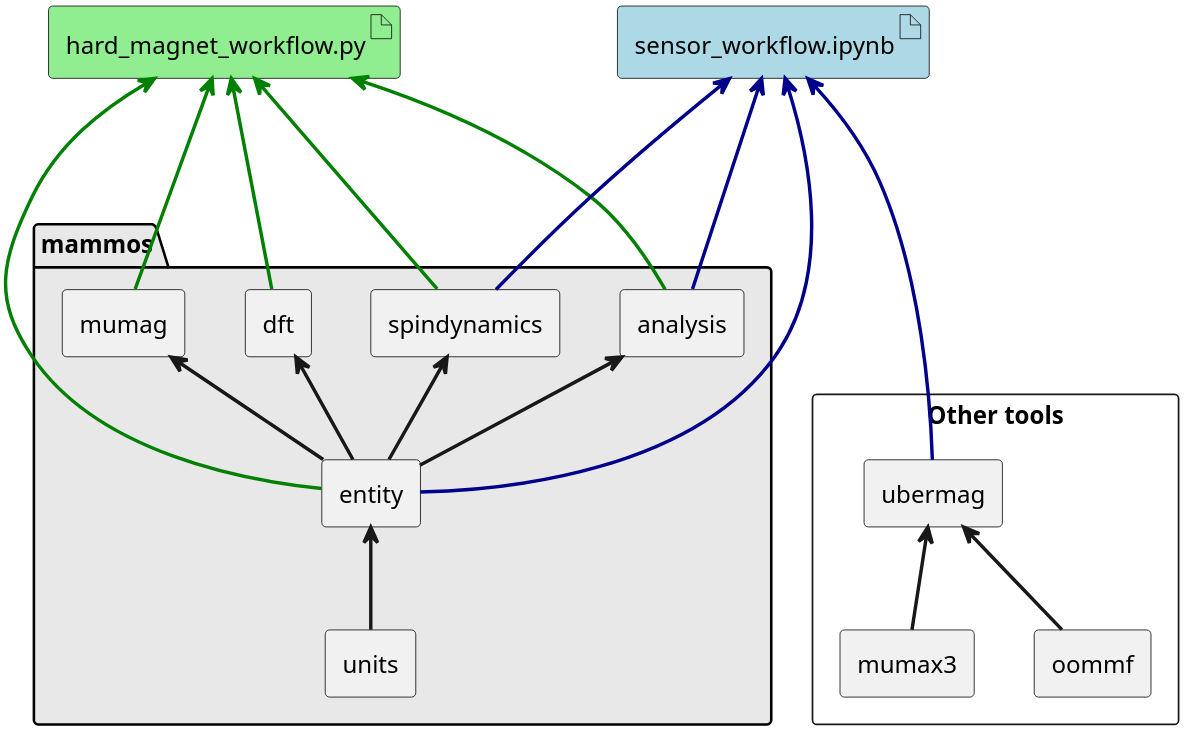
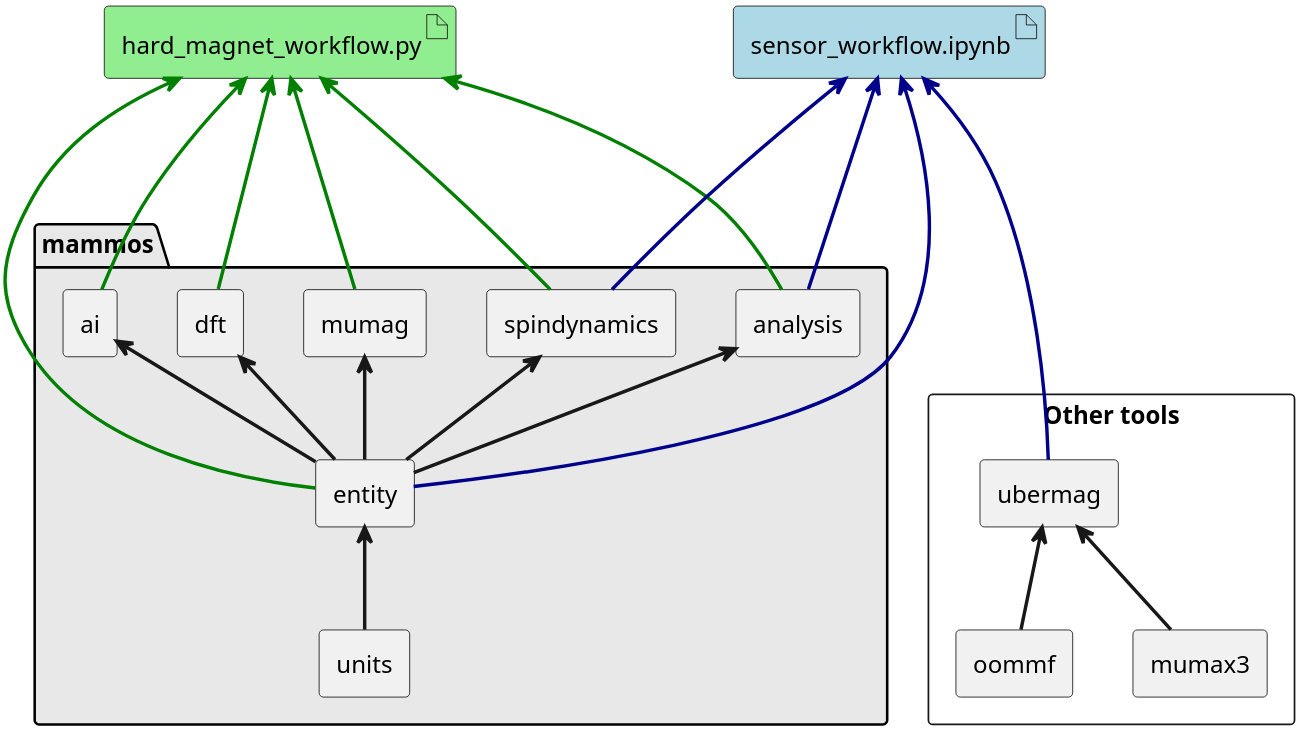
One commit to MaMMoS-project/mammos changed the diagram in docs/source/images/overview/overview.puml. Above: the diagram before and after it, drawn with PlantUML. The commit also changed 1 other file, not shown here.

Commit message:
Add `ai` package to UML-like diagram of components

```diff
--- a/docs/source/images/overview/overview.puml
+++ b/docs/source/images/overview/overview.puml
@@ -1,50 +1,52 @@
 @startumlp
 skinparam componentStyle rectangle
 skinparam defaultTextAlignment center
 skinparam ArrowThickness 2
 skinparam defaultFontName Menlo
 skinparam dpi 300
 
 
 together {
   ' Core components
   package "mammos" #E8E8E8 {
     [units]
     [entity] <-- [units]
     [dft] <-- [entity]
     [spindynamics] <-- [entity]
     [mumag] <-- [entity]
     [analysis] <-- [entity]
+    [ai] <-- [entity]
   }
   
   ' Core components
   component "Other tools" as OtherTools {
     [ubermag] <-- [oommf]
     [ubermag] <-- [mumax3]
   }
 
 }
 
 ' hidden lines to help placement
 [analysis] -[hidden]-> [ubermag]
 
 artifact "hard_magnet_workflow.py" as HardMagnetWorkflow #LightGreen
 
 artifact "sensor_workflow.ipynb" as SensorWorkflow #LightBlue
 
 HardMagnetWorkflow <--[#green]- entity 
 ' HardMagnetWorkflow <--[#green]- units 
 HardMagnetWorkflow <--[#green]- mumag 
 HardMagnetWorkflow <--[#green]- spindynamics
 HardMagnetWorkflow <--[#green]- dft
 HardMagnetWorkflow <--[#green]- analysis
+HardMagnetWorkflow <--[#green]- ai
 
 SensorWorkflow <--[#darkblue]- entity 
 ' SensorWorkflow <--[#darkblue]- units 
 SensorWorkflow <--[#darkblue]- spindynamics
 SensorWorkflow <--[#darkblue]- analysis
 SensorWorkflow <--[#darkblue]- ubermag
 
 
 
 @enduml
```
